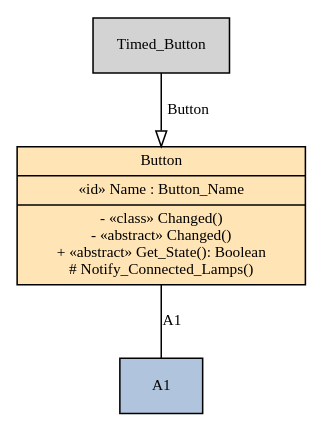
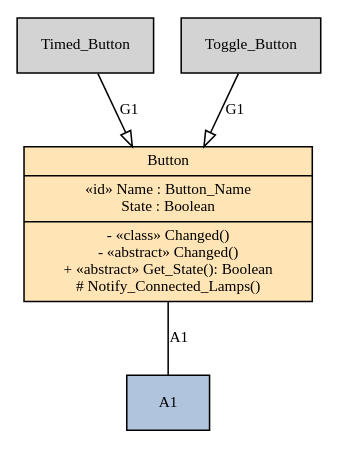
One commit to simonjwright/coldframe changed the diagram in House_Management.images/House_Management.Button.class.dot. Above: the diagram before and after it, drawn with Graphviz. The commit also changed 47 other files, not shown here.

```diff
--- a/House_Management.images/House_Management.Button.class.dot
+++ b/House_Management.images/House_Management.Button.class.dot
@@ -1,13 +1,15 @@
 digraph "Button.class" {
       graph [root=Button]
       edge [fontsize=10]
       node [shape=record, style=filled, fillcolor=lightgray, fontsize=10]
 
       
-      Button [fillcolor=moccasin, URL="#Button", label="{Button|«id» Name : Button_Name|- «class» Changed()\n- «abstract» Changed()\n+ «abstract» Get_State(): Boolean\n# Notify_Connected_Lamps()}"]
+      Button [fillcolor=moccasin, URL="#Button", label="{Button|«id» Name : Button_Name\nState : Boolean|- «class» Changed()\n- «abstract» Changed()\n+ «abstract» Get_State(): Boolean\n# Notify_Connected_Lamps()}"]
 A1 [fillcolor=lightsteelblue, URL="#A1"]
 Timed_Button [URL="#Timed_Button"]
+Toggle_Button [URL="#Toggle_Button"]
 Button -> A1 [label="A1", arrowhead=none, URL="#A1"]
-Timed_Button -> Button [label="Button", arrowhead=onormal, URL="#Button"]
+Timed_Button -> Button [label="G1", arrowhead=onormal, URL="#G1"]
+Toggle_Button -> Button [label="G1", arrowhead=onormal, URL="#G1"]
 
       }
```
